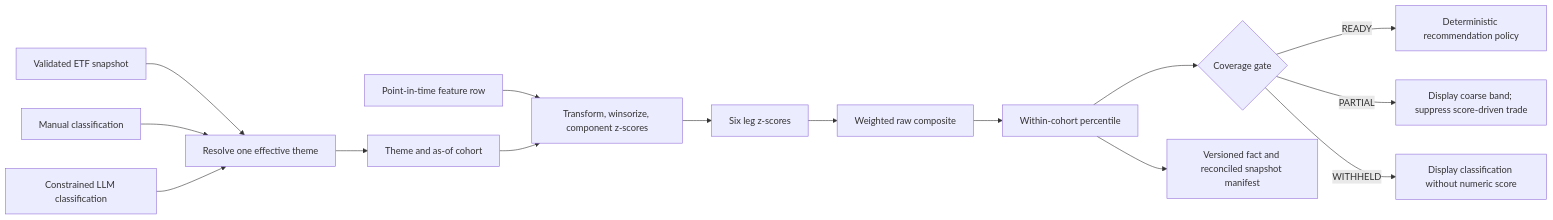
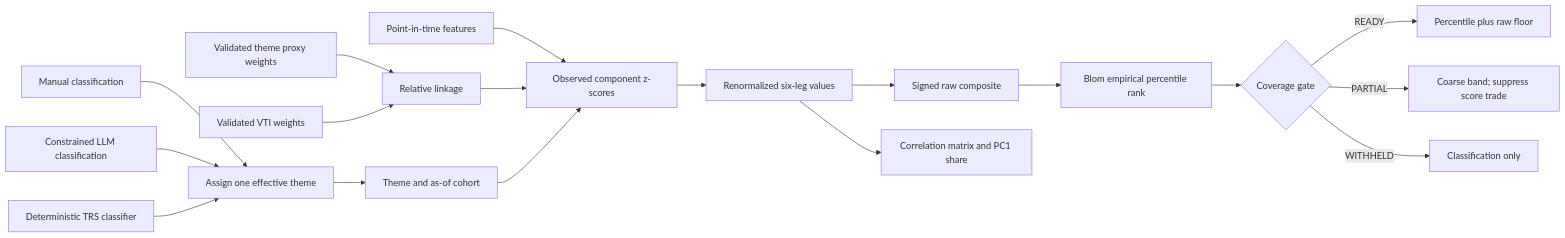
Before and after one commit to francesco-sodano/auspex: the second of 4 diagrams in doc/arc42-auspex.md, drawn with Mermaid. The commit also changed other lines of this file and 1 other file, not shown here.

````diff
--- a/doc/arc42-auspex.md
+++ b/doc/arc42-auspex.md
@@ -174,17 +178,20 @@
 ```mermaid
 flowchart LR
-    ETF[Validated ETF snapshot] --> Classify[Resolve one effective theme]
-    Manual[Manual classification] --> Classify
+    Manual[Manual classification] --> Classify[Assign one effective theme]
     LLM[Constrained LLM classification] --> Classify
+    TRS[Deterministic TRS classifier] --> Classify
     Classify --> Cohort[Theme and as-of cohort]
-    PIT[Point-in-time feature row] --> Components[Transform, winsorize, component z-scores]
+    Theme[Validated theme proxy weights] --> Link[Relative linkage]
+    Market[Validated VTI weights] --> Link
+    PIT[Point-in-time features] --> Components[Observed component z-scores]
+    Link --> Components
     Cohort --> Components
-    Components --> Legs[Six leg z-scores]
-    Legs --> Raw[Weighted raw composite]
-    Raw --> Rank[Within-cohort percentile]
+    Components --> Legs[Renormalized six-leg values]
+    Legs --> Raw[Signed raw composite]
+    Raw --> Rank[Blom empirical percentile rank]
     Rank --> Coverage{Coverage gate}
-    Coverage -->|READY| Policy[Deterministic recommendation policy]
-    Coverage -->|PARTIAL| Band[Display coarse band; suppress score-driven trade]
-    Coverage -->|WITHHELD| NoScore[Display classification without numeric score]
-    Rank --> Manifest[Versioned fact and reconciled snapshot manifest]
+    Coverage -->|READY| Policy[Percentile plus raw floor]
+    Coverage -->|PARTIAL| Band[Coarse band; suppress score trade]
+    Coverage -->|WITHHELD| NoScore[Classification only]
+    Legs --> Telemetry[Correlation matrix and PC1 share]
 ```
````
